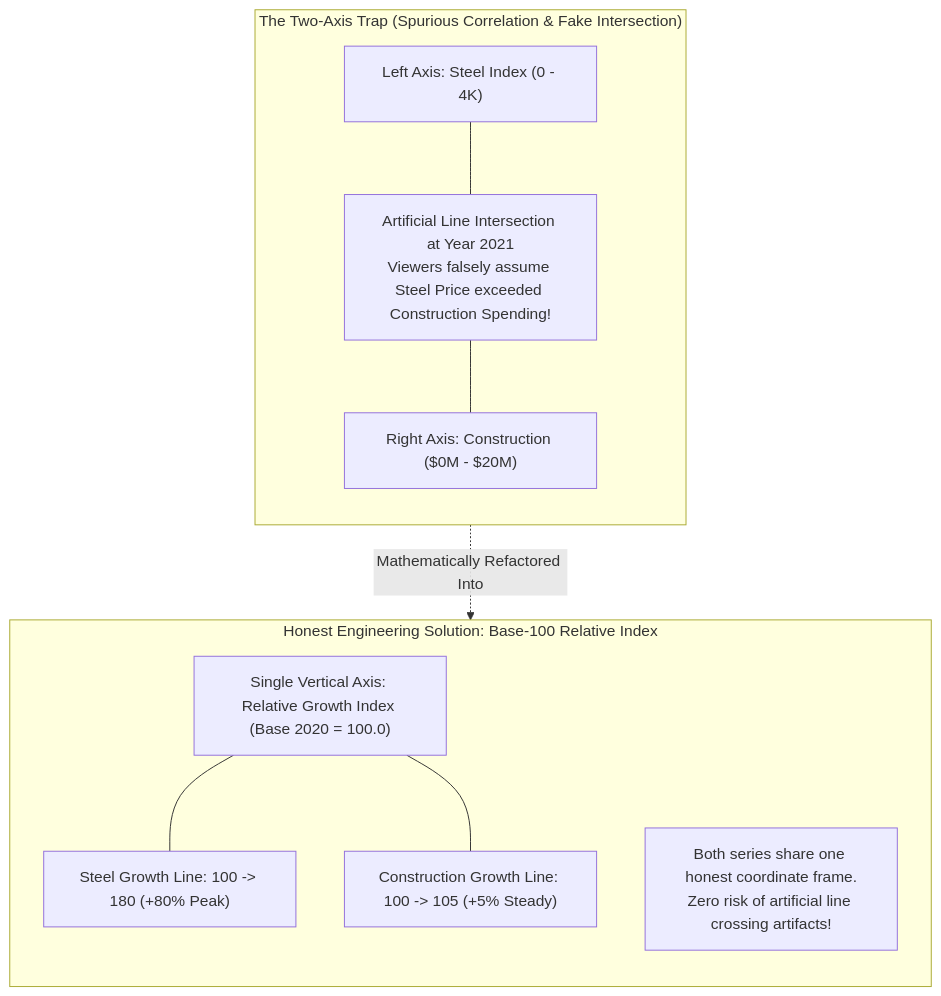
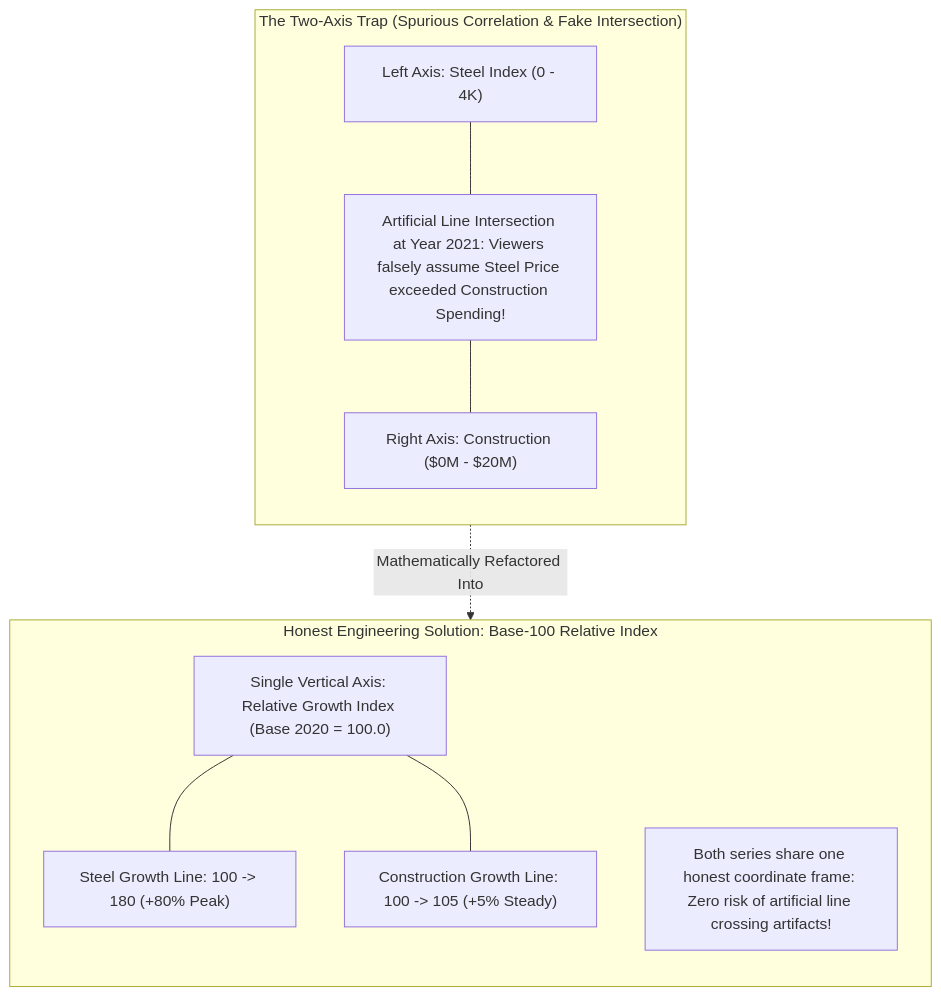
Before and after one commit to DeepLumiere/DeepSkills: diagram 18 of 18 in notes/data_analysis/Unit_5_notes.md, drawn with Mermaid. The commit also changed other lines of this file and 56 other files, not shown here.

````diff
--- a/notes/data_analysis/Unit_5_notes.md
+++ b/notes/data_analysis/Unit_5_notes.md
@@ -1362,22 +1362,22 @@
 ```mermaid
 flowchart TD
     subgraph DeceptivePlot ["The Two-Axis Trap (Spurious Correlation & Fake Intersection)"]
         direction TB
         DA_L["Left Axis: Steel Index (0 - 4K)"]
         DA_R["Right Axis: Construction ($0M - $20M)"]
-        DA_T["Artificial Line Intersection at Year 2021<br/>Viewers falsely assume Steel Price exceeded Construction Spending!"]
+        DA_T["Artificial Line Intersection at Year 2021: Viewers falsely assume Steel Price exceeded Construction Spending!"]
         DA_L --- DA_T --- DA_R
     end
 
     subgraph HonestSolution ["Honest Engineering Solution: Base-100 Relative Index"]
         direction TB
         HA_Y["Single Vertical Axis: Relative Growth Index (Base 2020 = 100.0)"]
         HA_L1["Steel Growth Line: 100 -> 180 (+80% Peak)"]
         HA_L2["Construction Growth Line: 100 -> 105 (+5% Steady)"]
         HA_Y --- HA_L1
         HA_Y --- HA_L2
-        HA_Note["Both series share one honest coordinate frame.<br/>Zero risk of artificial line crossing artifacts!"]
+        HA_Note["Both series share one honest coordinate frame: Zero risk of artificial line crossing artifacts!"]
     end
 
     DeceptivePlot -.->|"Mathematically Refactored Into"| HonestSolution
 ```
````
